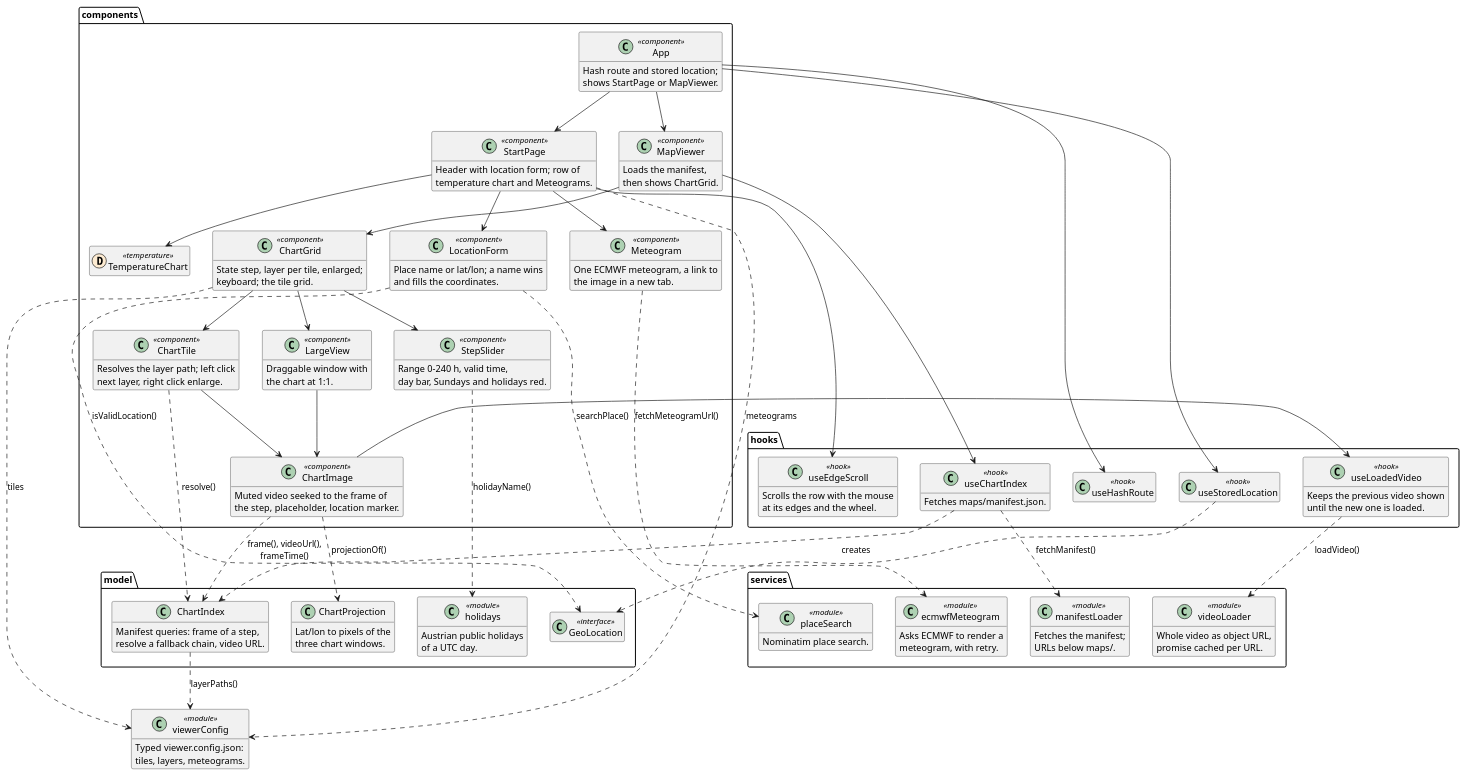
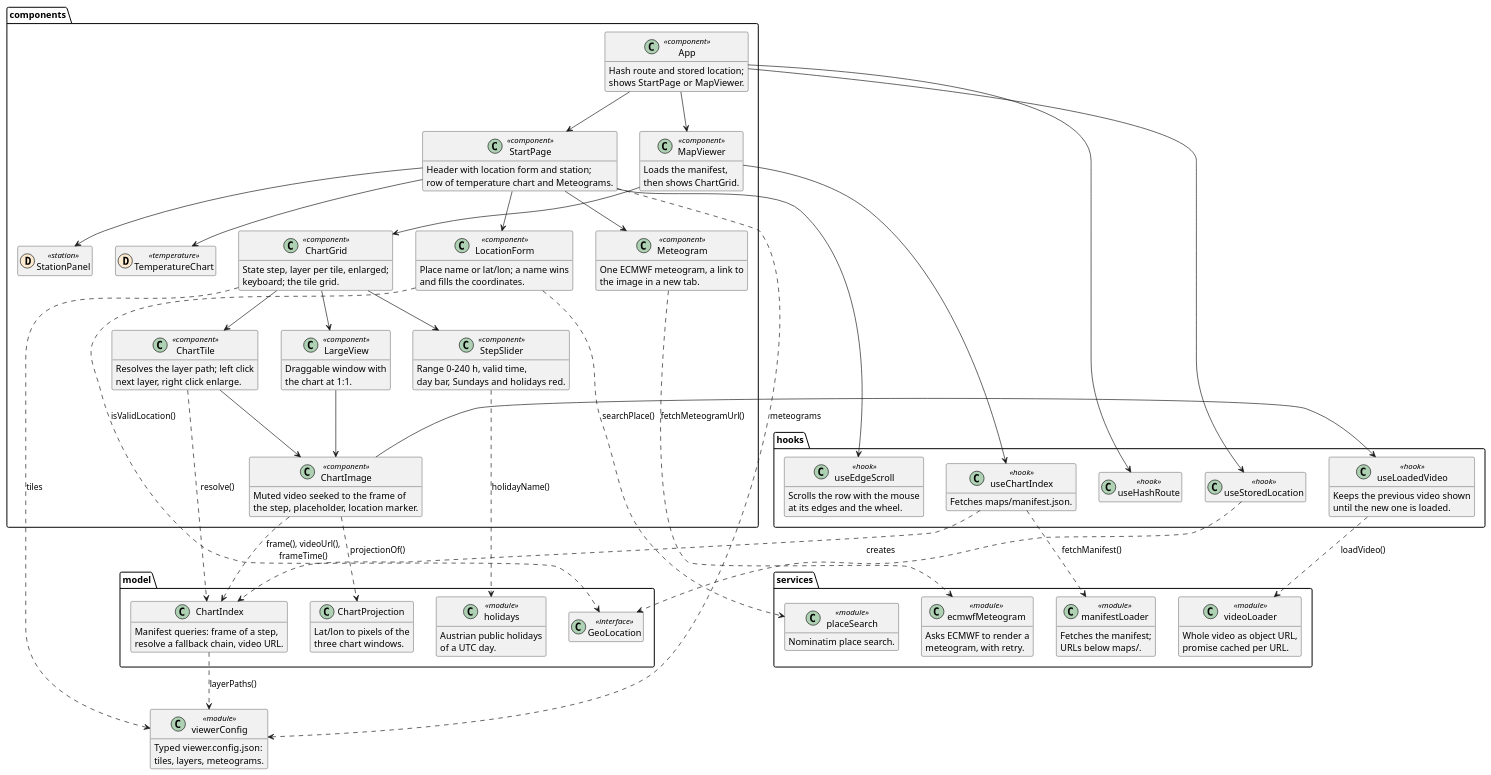
The first of 3 diagrams in REFERENCE.webapp.md (schletz/wetterkartenviewer), drawn with PlantUML before and after one commit. The commit also changed other lines of this file and 13 other files, not shown here.

First line of the commit message:
Show live temperatures of a GeoSphere station on the start page

```diff
--- a/REFERENCE.webapp.md
+++ b/REFERENCE.webapp.md
@@ -38,10 +39,11 @@
  shows StartPage or MapViewer.
  }
  class StartPage <<component>> {
- Header with location form; row of
- temperature chart and Meteograms.
+ Header with location form and station;
+ row of temperature chart and Meteograms.
  }
  class TemperatureChart << (D,#fdebd1) temperature >>
+ class StationPanel << (D,#fdebd1) station >>
  class LocationForm <<component>> {
  Place name or lat/lon; a name wins
  and fills the coordinates.
@@ -134,6 +136,7 @@
 StartPage --> Meteogram
 StartPage --> useEdgeScroll
 StartPage --> TemperatureChart
+StartPage --> StationPanel
 StartPage ..> viewerConfig : meteograms
 LocationForm ..> placeSearch : searchPlace()
 LocationForm ..> GeoLocation : isValidLocation()
```
